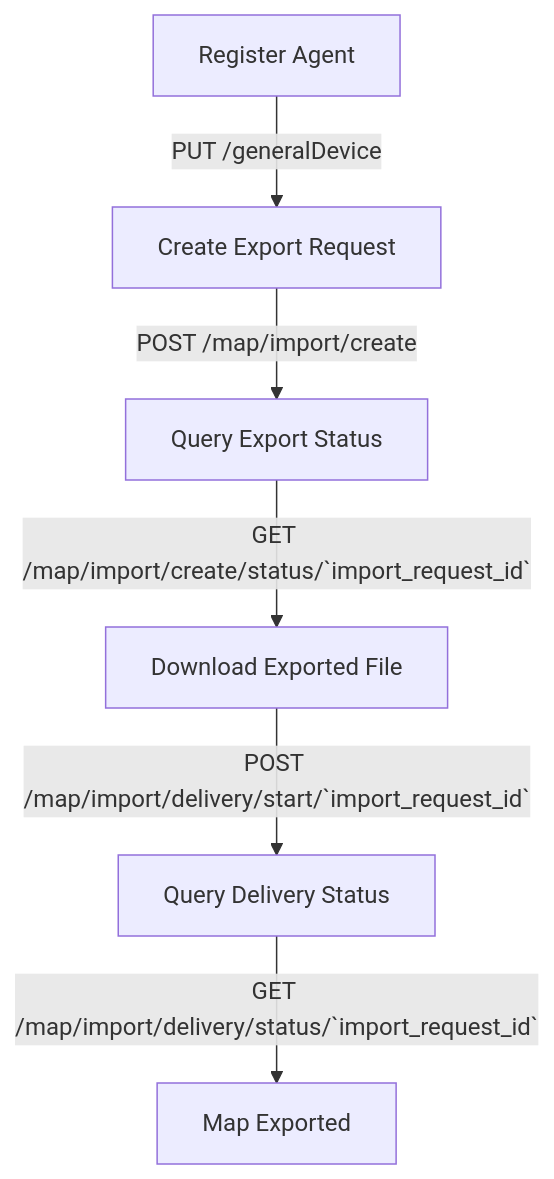
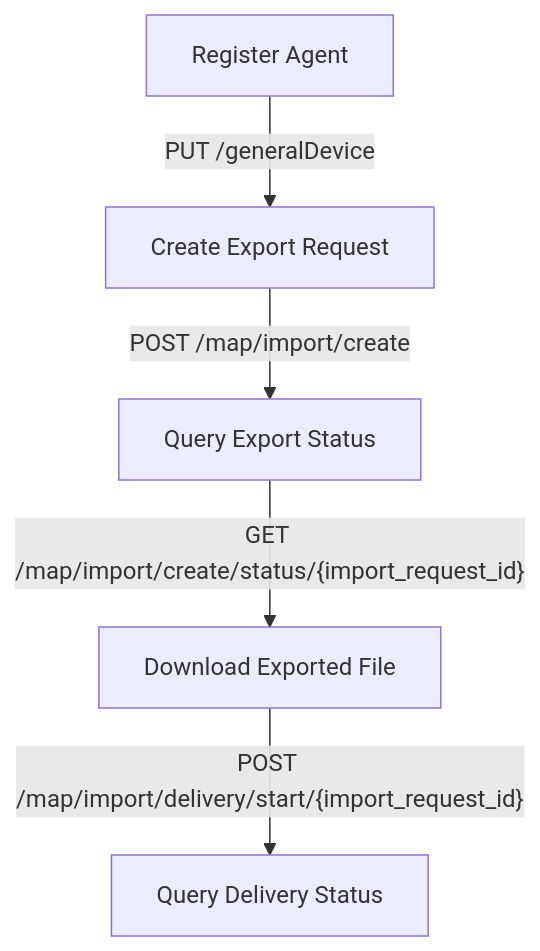
Before and after one commit to getappsh/docs: the second of 2 diagrams in docs/root/GetApp Agent.mdx, drawn with Mermaid. The commit also changed other lines of this file and 1 other file, not shown here.

Commit message:
Update agent open-api and docs

````diff
--- a/docs/root/GetApp Agent.mdx
+++ b/docs/root/GetApp Agent.mdx
@@ -157,9 +148,8 @@
 ```mermaid
 graph TD;
-    A[Register Agent] -->|PUT /generalDevice| B[Create Export Request]
-    B -->|POST /map/import/create| C[Query Export Status]
-    C -->|GET /map/import/create/status/`import_request_id`| D[Download Exported File]
-    D -->|POST /map/import/delivery/start/`import_request_id`| E[Query Delivery Status]
-    E -->|GET /map/import/delivery/status/`import_request_id`| F[Map Exported]
+    G[Register Agent] -->|PUT /generalDevice| H[Create Export Request]
+    H -->|POST /map/import/create| I[Query Export Status]
+    I -->|"GET /map/import/create/status/{import_request_id}"| J[Download Exported File]
+    J -->|"POST /map/import/delivery/start/{import_request_id}"| K[Query Delivery Status]
 
 ```
````
